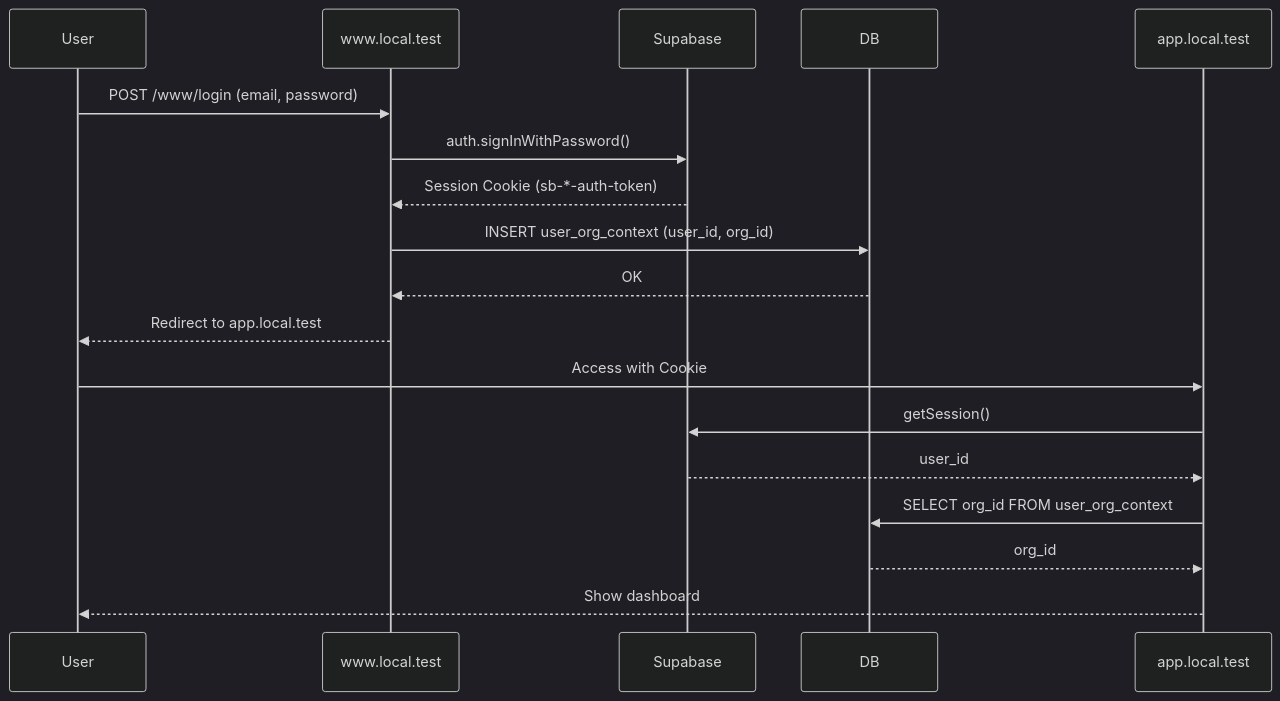
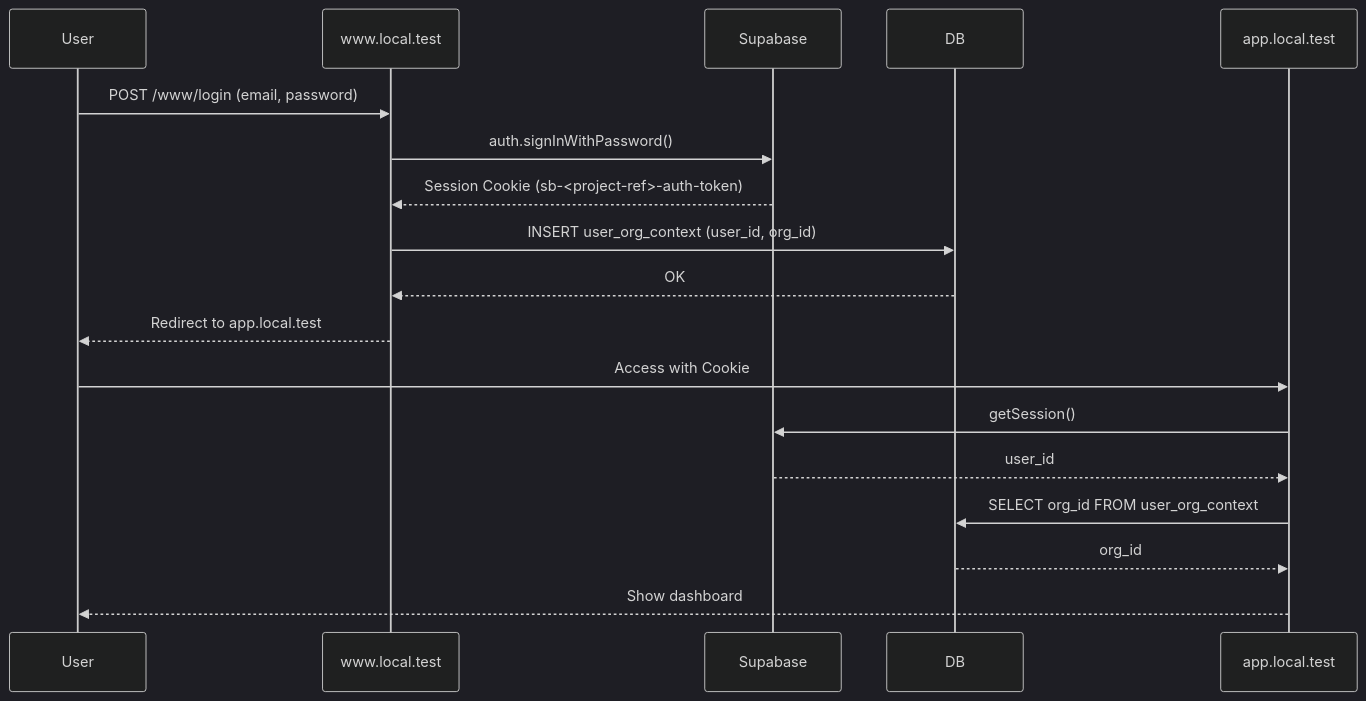
The diagram in docs/patterns/authentication-authorization.md (k016k016/saas-multi-domain-tenant), drawn with Mermaid (dark theme) before and after one commit. The commit also changed 1 other file, not shown here.

Commit message:
docs: finalize cookie name alignment for v0.3
完了した修正:
- Cookie名を sb-<project-ref>-auth-token に完全統一
- 変更履歴にADR-007追加を明記
- シーケンス図のCookie名を修正

検証結果:
✅ Cookie名: すべて sb-<project-ref>-auth-token 形式
✅ redirect(): Server Actionsで使用なし (コメントのみ)
✅ middleware: DB/Supabase/cookiesインポートなし
✅ await cookies(): すべて非同期で使用
✅ E2E: 28/28 passed (7.0s)

関連:
- ADR-006: Supabase Session Cookie専用認証
- ADR-007: 組織コンテキストのDB管理

````diff
--- a/docs/patterns/authentication-authorization.md
+++ b/docs/patterns/authentication-authorization.md
@@ -39,21 +39,21 @@
 ```mermaid
 sequenceDiagram
     participant User
     participant WWW as www.local.test
     participant Supabase
     participant DB
     participant APP as app.local.test
 
     User->>WWW: POST /www/login (email, password)
     WWW->>Supabase: auth.signInWithPassword()
-    Supabase-->>WWW: Session Cookie (sb-*-auth-token)
+    Supabase-->>WWW: Session Cookie (sb-<project-ref>-auth-token)
     WWW->>DB: INSERT user_org_context (user_id, org_id)
     DB-->>WWW: OK
     WWW-->>User: Redirect to app.local.test
     User->>APP: Access with Cookie
     APP->>Supabase: getSession()
     Supabase-->>APP: user_id
     APP->>DB: SELECT org_id FROM user_org_context
     DB-->>APP: org_id
     APP-->>User: Show dashboard
 ```
````
